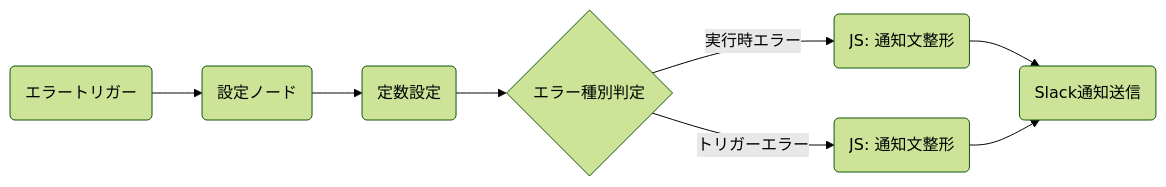
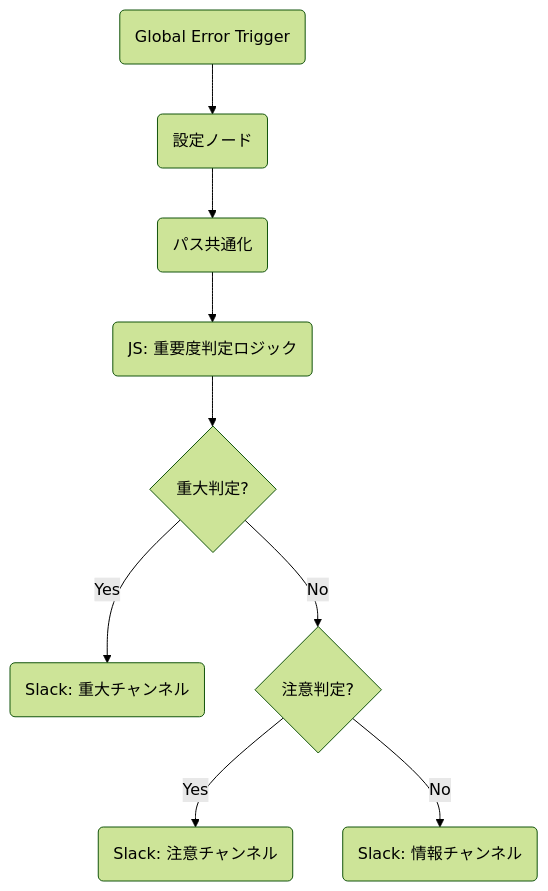
Before and after one commit to takumiwork-n8n/n8n-workflows: the diagram in Practice/slack-error-notification/README.md, drawn with Mermaid (forest theme). The commit also changed other lines of this file and 1 other file, not shown here.

Commit message:
update: Sync advanced slack-error-notification with severity classification

````diff
--- a/Practice/slack-error-notification/README.md
+++ b/Practice/slack-error-notification/README.md
@@ -18,12 +18,13 @@
 ```mermaid
-graph LR
-    ErrorTrigger(エラートリガー) --> Config(設定ノード)
-    Config --> Constants(定数設定)
-    Constants --> If{エラー種別判定}
+graph TD
+    Trigger(Global Error Trigger) --> Config(設定ノード)
+    Config --> Constants(パス共通化)
+    Constants --> Classify(JS: 重要度判定ロジック)
     
-    If -- 実行時エラー --> ExecCode(JS: 通知文整形)
-    If -- トリガーエラー --> TrigCode(JS: 通知文整形)
+    Classify --> IsCritical{重大判定?}
+    IsCritical -- Yes --> SlackCrit(Slack: 重大チャンネル)
+    IsCritical -- No --> IsWarning{注意判定?}
     
-    ExecCode --> Slack(Slack通知送信)
-    TrigCode --> Slack
+    IsWarning -- Yes --> SlackWarn(Slack: 注意チャンネル)
+    IsWarning -- No --> SlackInfo(Slack: 情報チャンネル)
 ```
````
